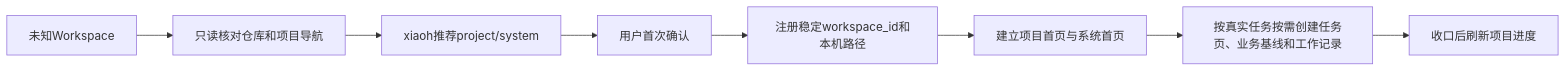
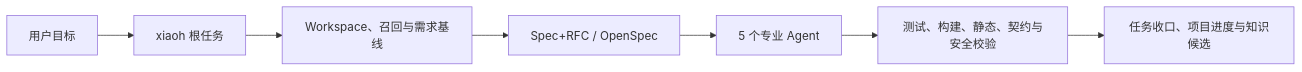
The diagram in docs/implementation-design.md (winnnnnnk/littleH), drawn with Mermaid before and after one commit. The commit also changed other lines of this file and 106 other files, not shown here.

````diff
--- a/docs/implementation-design.md
+++ b/docs/implementation-design.md
@@ -575,10 +9,9 @@
 ```mermaid
 flowchart LR
-    A["未知Workspace"] --> B["只读核对仓库和项目导航"]
-    B --> C["xiaoh推荐project/system"]
-    C --> D["用户首次确认"]
-    D --> E["注册稳定workspace_id和本机路径"]
-    E --> F["建立项目首页与系统首页"]
-    F --> G["按真实任务按需创建任务页、业务基线和工作记录"]
-    G --> H["收口后刷新项目进度"]
+    U["用户目标"] --> X["xiaoh 根任务"]
+    X --> R["Workspace、召回与需求基线"]
+    R --> S["Spec+RFC / OpenSpec"]
+    S --> A["5 个专业 Agent"]
+    A --> V["测试、构建、静态、契约与安全校验"]
+    V --> C["任务收口、项目进度与知识候选"]
 ```
````
